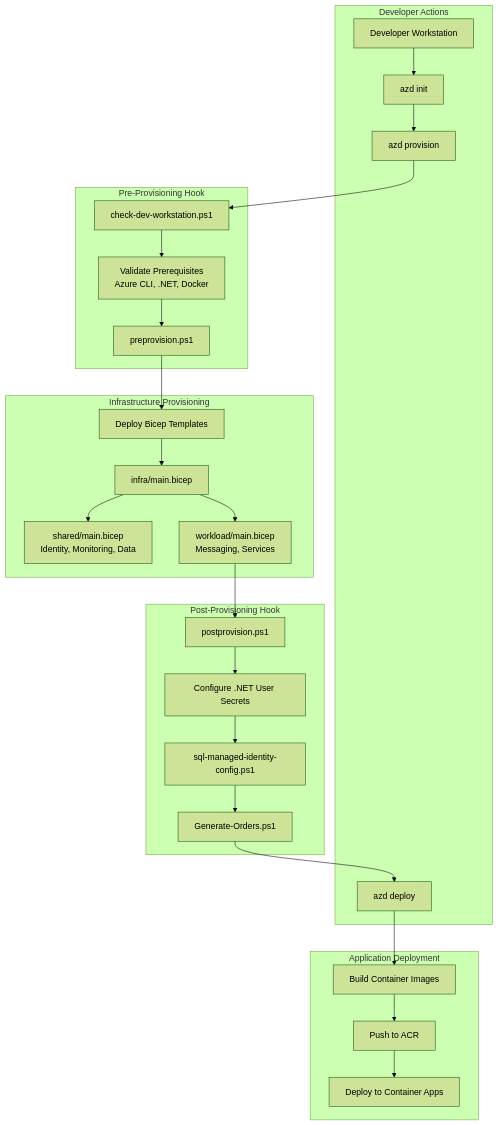
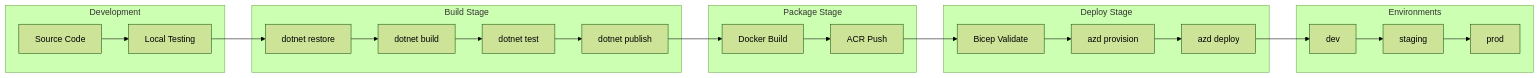
One commit to Evilazaro/Azure-LogicApps-Monitoring changed diagram 11 of 11 in docs/SolutionArchitecture.md. Above: the diagram before and after it, drawn with Mermaid (forest theme). The commit also changed other lines of this file, not shown here.

Commit message:
Implement feature X to enhance user experience and optimize performance

````diff
--- a/docs/SolutionArchitecture.md
+++ b/docs/SolutionArchitecture.md
@@ -685,54 +879,45 @@
 ```mermaid
-flowchart TD
-    subgraph Developer["Developer Actions"]
-        DevMachine["Developer Workstation"]
-        AZDInit["azd init"]
-        AZDProvision["azd provision"]
-        AZDDeploy["azd deploy"]
+flowchart LR
+    subgraph Development["Development"]
+        Code["Source Code"]
+        LocalTest["Local Testing"]
     end
     
-    subgraph PreProvision["Pre-Provisioning Hook"]
-        CheckWorkstation["check-dev-workstation.ps1"]
-        ValidatePrereqs["Validate Prerequisites<br/>Azure CLI, .NET, Docker"]
-        PreprovisionScript["preprovision.ps1"]
+    subgraph Build["Build Stage"]
+        Restore["dotnet restore"]
+        Compile["dotnet build"]
+        Test["dotnet test"]
+        Publish["dotnet publish"]
     end
     
-    subgraph Provisioning["Infrastructure Provisioning"]
-        BicepDeploy["Deploy Bicep Templates"]
-        MainBicep["infra/main.bicep"]
-        SharedModule["shared/main.bicep<br/>Identity, Monitoring, Data"]
-        WorkloadModule["workload/main.bicep<br/>Messaging, Services"]
+    subgraph Package["Package Stage"]
+        DockerBuild["Docker Build"]
+        ACRPush["ACR Push"]
     end
     
-    subgraph PostProvision["Post-Provisioning Hook"]
-        PostprovisionScript["postprovision.ps1"]
-        ConfigureSecrets["Configure .NET User Secrets"]
-        SQLIdentity["sql-managed-identity-config.ps1"]
-        GenerateOrders["Generate-Orders.ps1"]
+    subgraph Deploy["Deploy Stage"]
+        BicepValidate["Bicep Validate"]
+        AzdProvision["azd provision"]
+        AzdDeploy["azd deploy"]
     end
     
-    subgraph Deployment["Application Deployment"]
-        BuildContainers["Build Container Images"]
-        PushACR["Push to ACR"]
-        DeployContainerApps["Deploy to Container Apps"]
+    subgraph Environments["Environments"]
+        Dev["dev"]
+        Staging["staging"]
+        Prod["prod"]
     end
     
-    DevMachine --> AZDInit
-    AZDInit --> AZDProvision
-    AZDProvision --> CheckWorkstation
-    CheckWorkstation --> ValidatePrereqs
-    ValidatePrereqs --> PreprovisionScript
-    PreprovisionScript --> BicepDeploy
-    BicepDeploy --> MainBicep
-    MainBicep --> SharedModule
-    MainBicep --> WorkloadModule
-    WorkloadModule --> PostprovisionScript
-    PostprovisionScript --> ConfigureSecrets
-    ConfigureSecrets --> SQLIdentity
-    SQLIdentity --> GenerateOrders
-    
-    GenerateOrders --> AZDDeploy
-    AZDDeploy --> BuildContainers
-    BuildContainers --> PushACR
-    PushACR --> DeployContainerApps
+    Code --> LocalTest
+    LocalTest --> Restore
+    Restore --> Compile
+    Compile --> Test
+    Test --> Publish
+    Publish --> DockerBuild
+    DockerBuild --> ACRPush
+    ACRPush --> BicepValidate
+    BicepValidate --> AzdProvision
+    AzdProvision --> AzdDeploy
+    AzdDeploy --> Dev
+    Dev --> Staging
+    Staging --> Prod
 ```
````
